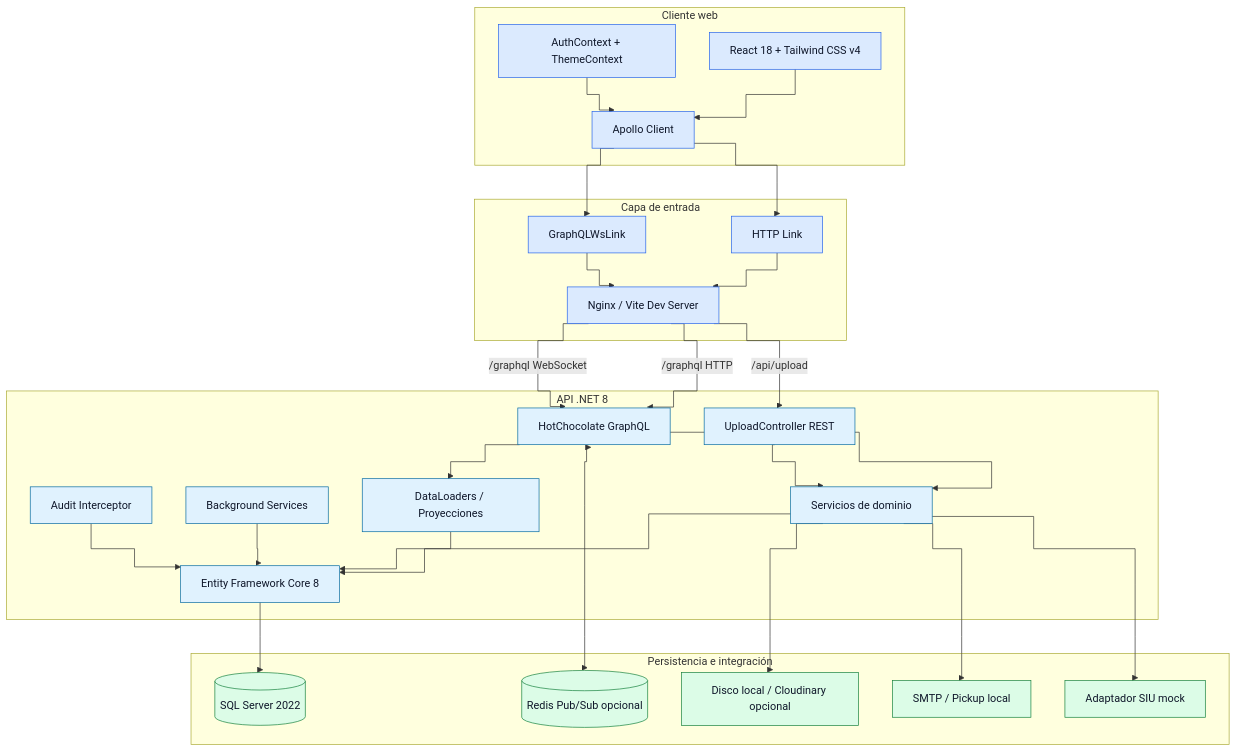
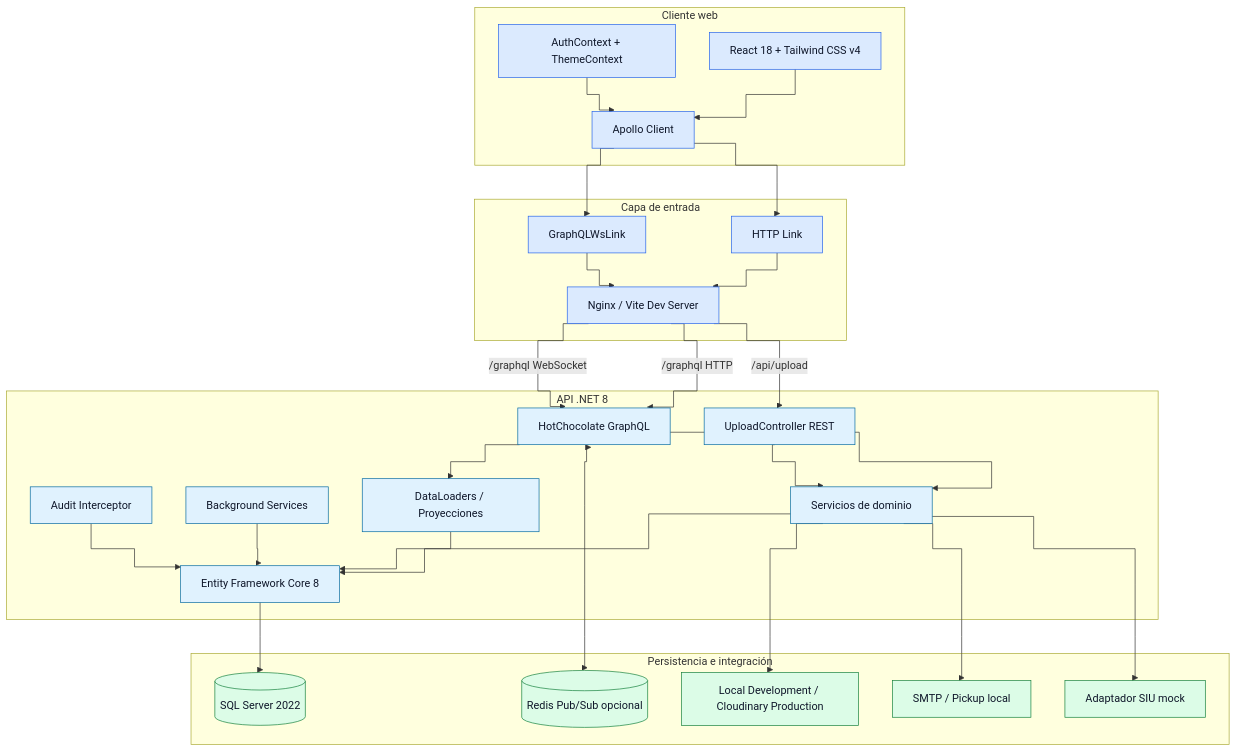
Before and after one commit to fagdiaz/OneITB: the eighth of 10 diagrams in docs/entrega_final/DOCUMENTO_BASE_PRACTICA_PROFESIONAL.md, drawn with Mermaid. The commit also changed other lines of this file and 87 other files, not shown here.

````diff
--- a/docs/entrega_final/DOCUMENTO_BASE_PRACTICA_PROFESIONAL.md
+++ b/docs/entrega_final/DOCUMENTO_BASE_PRACTICA_PROFESIONAL.md
@@ -847,62 +852,62 @@
 ```mermaid
 %%{init: {"flowchart": {"curve": "step"}}}%%
 flowchart TB
     subgraph CLIENT["Cliente web"]
         UI["React 18 + Tailwind CSS v4"]
         AP["Apollo Client"]
         AUTH["AuthContext + ThemeContext"]
         UI --> AP
         AUTH --> AP
     end
 
     subgraph EDGE["Capa de entrada"]
         NG["Nginx / Vite Dev Server"]
         HTTP["HTTP Link"]
         WS["GraphQLWsLink"]
     end
 
     subgraph API["API .NET 8"]
         GQL["HotChocolate GraphQL"]
         REST["UploadController REST"]
         SVC["Servicios de dominio"]
         DL["DataLoaders / Proyecciones"]
         BG["Background Services"]
         EF["Entity Framework Core 8"]
         AUD["Audit Interceptor"]
         GQL --> SVC
         GQL --> DL
         REST --> SVC
         SVC --> EF
         DL --> EF
         BG --> EF
         AUD --> EF
     end
 
     subgraph DATA["Persistencia e integración"]
         SQL[("SQL Server 2022")]
         REDIS[("Redis Pub/Sub opcional")]
-        FILES["Disco local / Cloudinary opcional"]
+        FILES["Local Development / Cloudinary Production"]
         SMTP["SMTP / Pickup local"]
         SIU["Adaptador SIU mock"]
     end
 
     AP --> HTTP
     AP --> WS
     HTTP --> NG
     WS --> NG
     NG -->|"/graphql HTTP"| GQL
     NG -->|"/graphql WebSocket"| GQL
     NG -->|"/api/upload"| REST
     EF --> SQL
     GQL <--> REDIS
     SVC --> FILES
     SVC --> SMTP
     SVC --> SIU
 
     classDef client fill:#dbeafe,stroke:#2563eb,color:#0f172a;
     classDef api fill:#e0f2fe,stroke:#0369a1,color:#0f172a;
     classDef data fill:#dcfce7,stroke:#15803d,color:#0f172a;
     class UI,AP,AUTH,NG,HTTP,WS client;
     class GQL,REST,SVC,DL,BG,EF,AUD api;
     class SQL,REDIS,FILES,SMTP,SIU data;
 ```
````
